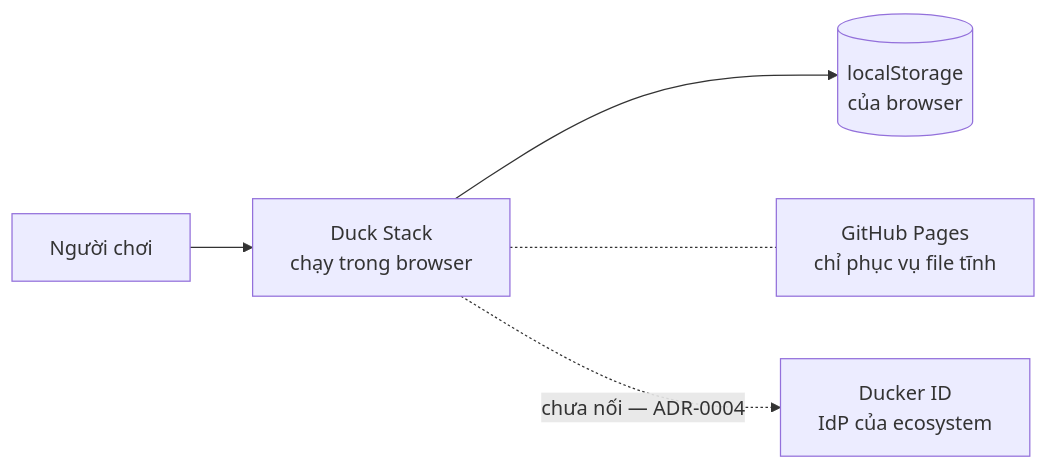
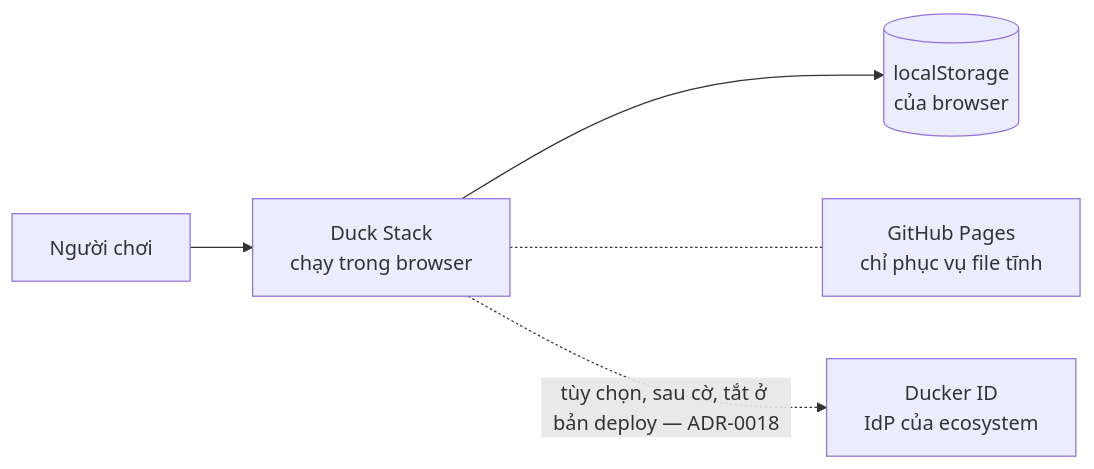
Before and after one commit to LeVanAnhDuc/web-game-duck-stack: the first of 2 diagrams in docs/03-design/architecture.md, drawn with Mermaid. The commit also changed other lines of this file and 43 other files, not shown here.

````diff
--- a/docs/03-design/architecture.md
+++ b/docs/03-design/architecture.md
@@ -24,7 +24,7 @@
 ```mermaid
 graph LR
   Player[Người chơi] --> App[Duck Stack<br/>chạy trong browser]
   App --> LS[(localStorage<br/>của browser)]
   App -.- Pages[GitHub Pages<br/>chỉ phục vụ file tĩnh]
-  App -. "chưa nối — ADR-0004" .-> Ducker[Ducker ID<br/>IdP của ecosystem]
+  App -. "tùy chọn, sau cờ, tắt ở bản deploy — ADR-0018" .-> Ducker[Ducker ID<br/>IdP của ecosystem]
 ```
````
